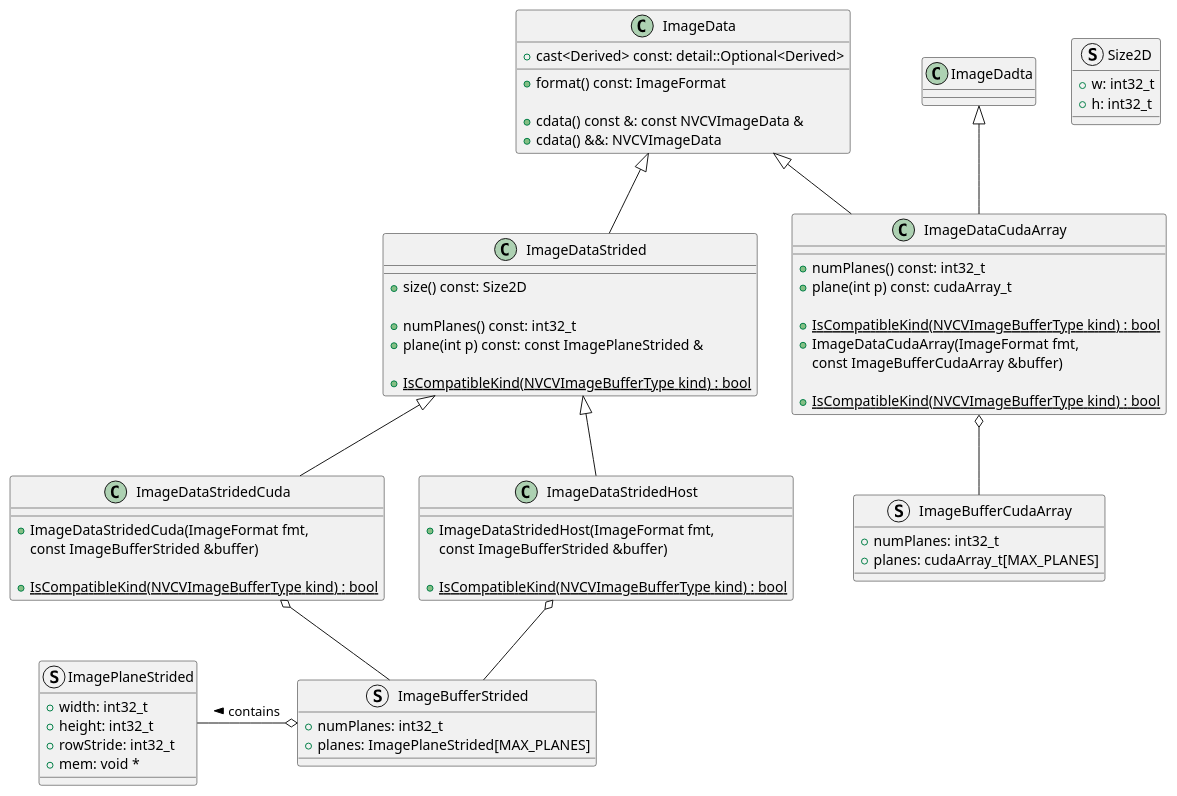
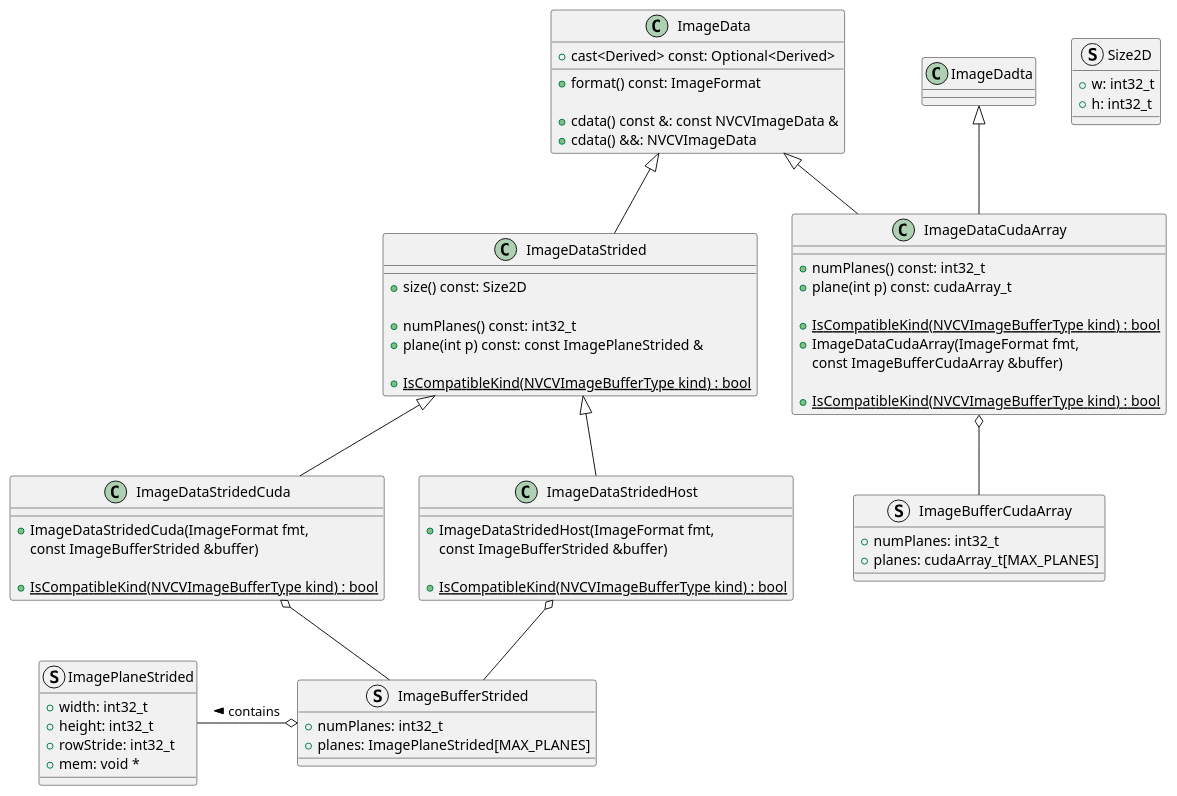
The diagram in docs/design/image_data_classes.puml (JanuszL/CV-CUDA), drawn with PlantUML before and after one commit. The commit also changed 31 other files, not shown here.

Commit message:
Move Optional out of detail namespace.

```diff
--- a/docs/design/image_data_classes.puml
+++ b/docs/design/image_data_classes.puml
@@ -13,87 +13,87 @@
 @startuml
 
 class ImageData
 {
     + format() const: ImageFormat
 
     + cdata() const &: const NVCVImageData &
     + cdata() &&: NVCVImageData
 
-    + cast<Derived> const: detail::Optional<Derived>
+    + cast<Derived> const: Optional<Derived>
 }
 
 class ImageDataCudaArray extends ImageData
 {
     + numPlanes() const: int32_t
     + plane(int p) const: cudaArray_t
 
     + {static} IsCompatibleKind(NVCVImageBufferType kind) : bool
 }
 
 struct Size2D
 {
     + w: int32_t
     + h: int32_t
 }
 
 struct ImagePlaneStrided
 {
     + width: int32_t
     + height: int32_t
     + rowStride: int32_t
     + mem: void *
 }
 
 class ImageDataStrided extends ImageData
 {
     + size() const: Size2D
 
     + numPlanes() const: int32_t
     + plane(int p) const: const ImagePlaneStrided &
 
     + {static} IsCompatibleKind(NVCVImageBufferType kind) : bool
 }
 
 struct ImageBufferCudaArray
 {
     + numPlanes: int32_t
     + planes: cudaArray_t[MAX_PLANES]
 }
 
 class ImageDataCudaArray extends ImageDadta
 {
     + ImageDataCudaArray(ImageFormat fmt,
                          const ImageBufferCudaArray &buffer)
 
     + {static} IsCompatibleKind(NVCVImageBufferType kind) : bool
 }
 
 struct ImageBufferStrided
 {
     + numPlanes: int32_t
     + planes: ImagePlaneStrided[MAX_PLANES]
 }
 
 class ImageDataStridedCuda extends ImageDataStrided
 {
     + ImageDataStridedCuda(ImageFormat fmt,
                            const ImageBufferStrided &buffer)
 
     + {static} IsCompatibleKind(NVCVImageBufferType kind) : bool
 }
 
 class ImageDataStridedHost extends ImageDataStrided
 {
     + ImageDataStridedHost(ImageFormat fmt,
                            const ImageBufferStrided &buffer)
 
     + {static} IsCompatibleKind(NVCVImageBufferType kind) : bool
 }
 
 ImageBufferStrided -up-o ImageDataStridedHost
 ImageBufferStrided -up-o ImageDataStridedCuda
 ImagePlaneStrided -right-o ImageBufferStrided: contains <
 
 ImageBufferCudaArray -up-o ImageDataCudaArray
 
 @enduml
```
